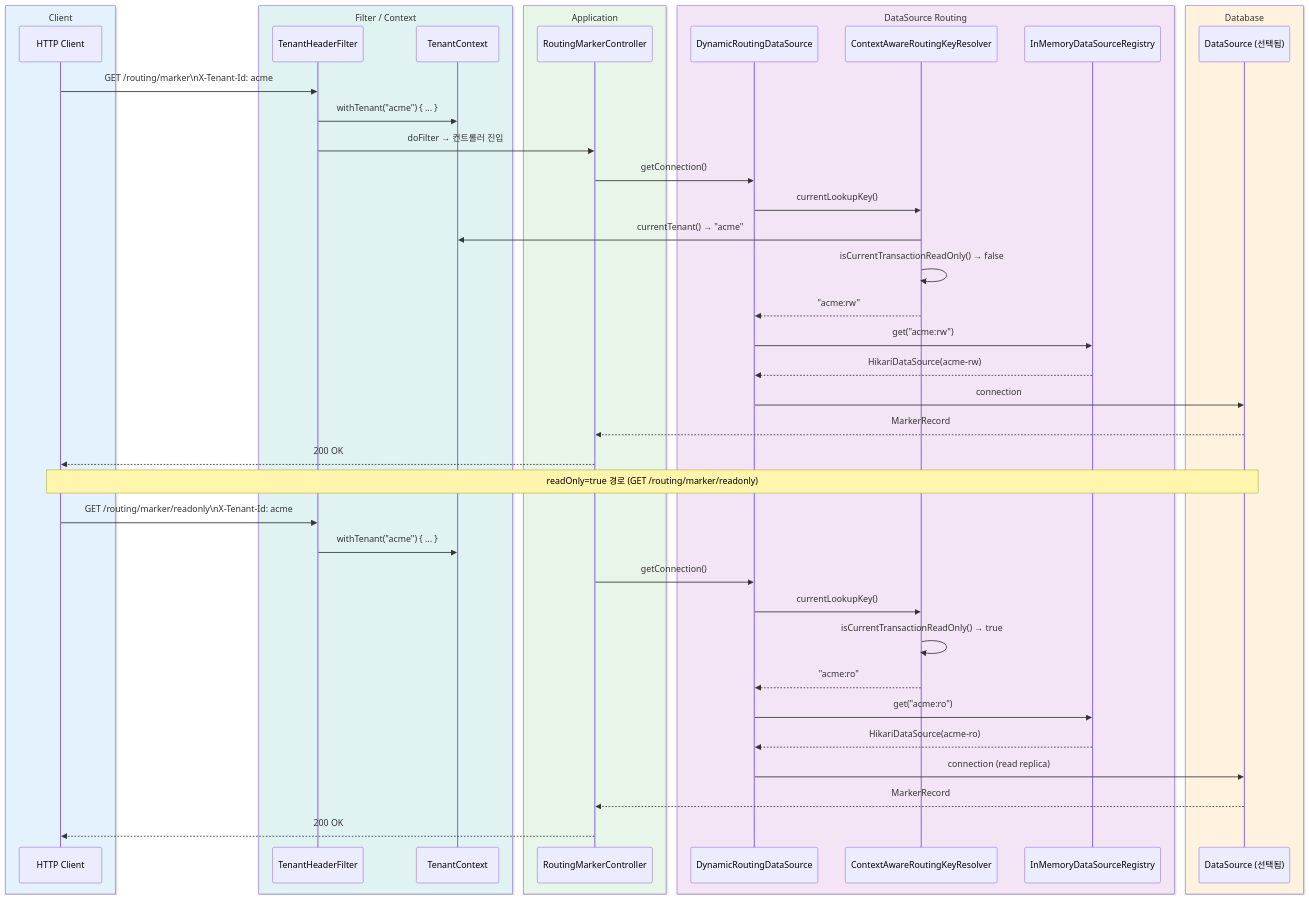
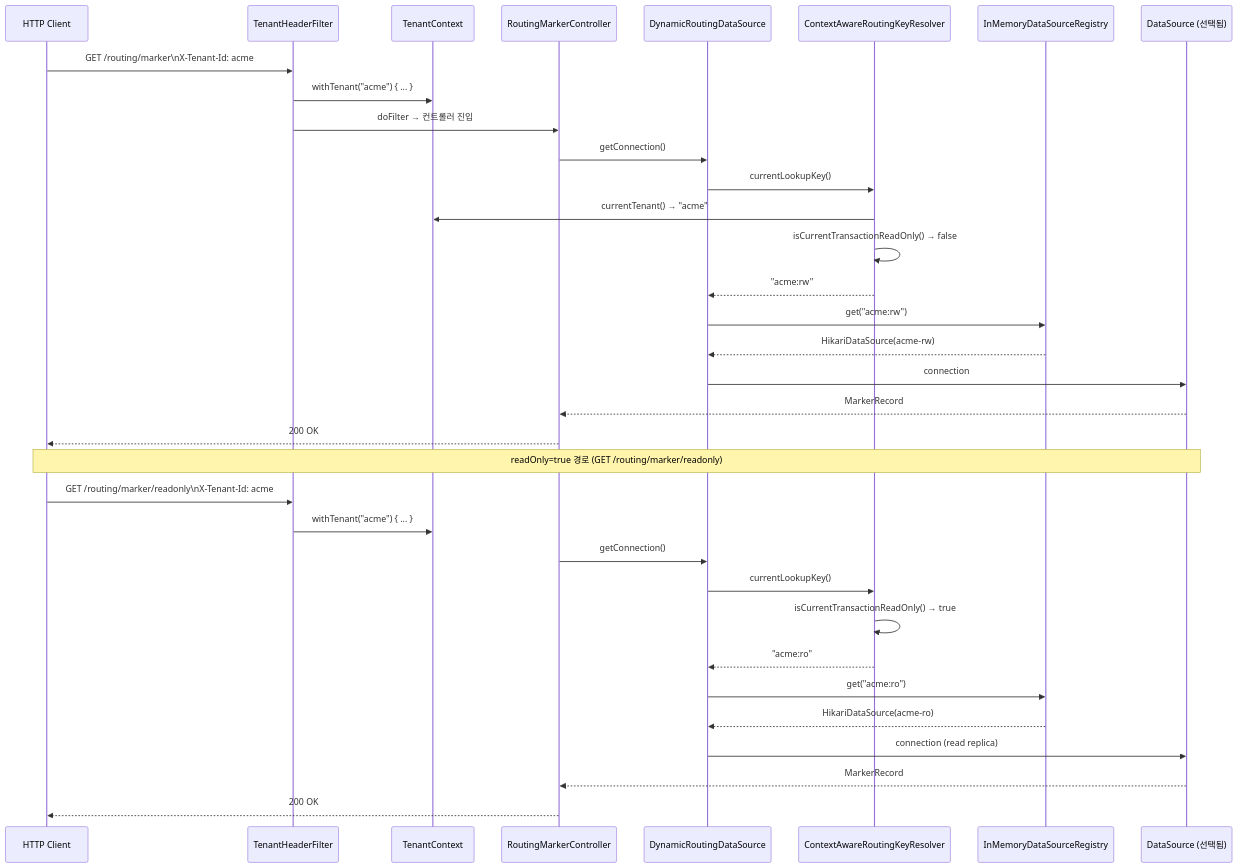
One commit to bluetape4k/exposed-workshop changed the third of 3 diagrams in 11-high-performance/03-routing-datasource/README.ko.md. Above: the diagram before and after it, drawn with Mermaid. The commit also changed 42 other files, not shown here.

First line of the commit message:
docs: sequence diagram에서 box rgb() 제거 (option 1 - GitHub dark mode 기본 렌더링 사용)

````diff
--- a/11-high-performance/03-routing-datasource/README.ko.md
+++ b/11-high-performance/03-routing-datasource/README.ko.md
@@ -160,47 +160,37 @@
 ```mermaid
 %%{init: {"theme": "neutral", "themeVariables": {"fontFamily": "'Comic Mono', 'goorm sans code', 'JetBrains Mono', 'goorm sans'"}}}%%
 sequenceDiagram
-    box rgb(227, 242, 253) Client
-        participant C as HTTP Client
-    end
-    box rgb(224, 242, 241) Filter / Context
-        participant F as TenantHeaderFilter
-        participant TC as TenantContext
-    end
-    box rgb(232, 245, 233) Application
-        participant Ctrl as RoutingMarkerController
-    end
-    box rgb(243, 229, 245) DataSource Routing
-        participant DS as DynamicRoutingDataSource
-        participant KR as ContextAwareRoutingKeyResolver
-        participant Reg as InMemoryDataSourceRegistry
-    end
-    box rgb(255, 243, 224) Database
-        participant DB as DataSource (선택됨)
-    end
+    participant C as HTTP Client
+    participant F as TenantHeaderFilter
+    participant TC as TenantContext
+    participant Ctrl as RoutingMarkerController
+    participant DS as DynamicRoutingDataSource
+    participant KR as ContextAwareRoutingKeyResolver
+    participant Reg as InMemoryDataSourceRegistry
+    participant DB as DataSource (선택됨)
     C ->> F: GET /routing/marker\nX-Tenant-Id: acme
     F ->> TC: withTenant("acme") { ... }
     F ->> Ctrl: doFilter → 컨트롤러 진입
     Ctrl ->> DS: getConnection()
     DS ->> KR: currentLookupKey()
     KR ->> TC: currentTenant() → "acme"
     KR ->> KR: isCurrentTransactionReadOnly() → false
     KR -->> DS: "acme:rw"
     DS ->> Reg: get("acme:rw")
     Reg -->> DS: HikariDataSource(acme-rw)
     DS ->> DB: connection
     DB -->> Ctrl: MarkerRecord
     Ctrl -->> C: 200 OK
     Note over C, DB: readOnly=true 경로 (GET /routing/marker/readonly)
     C ->> F: GET /routing/marker/readonly\nX-Tenant-Id: acme
     F ->> TC: withTenant("acme") { ... }
     Ctrl ->> DS: getConnection()
     DS ->> KR: currentLookupKey()
     KR ->> KR: isCurrentTransactionReadOnly() → true
     KR -->> DS: "acme:ro"
     DS ->> Reg: get("acme:ro")
     Reg -->> DS: HikariDataSource(acme-ro)
     DS ->> DB: connection (read replica)
     DB -->> Ctrl: MarkerRecord
     Ctrl -->> C: 200 OK
 ```
````
